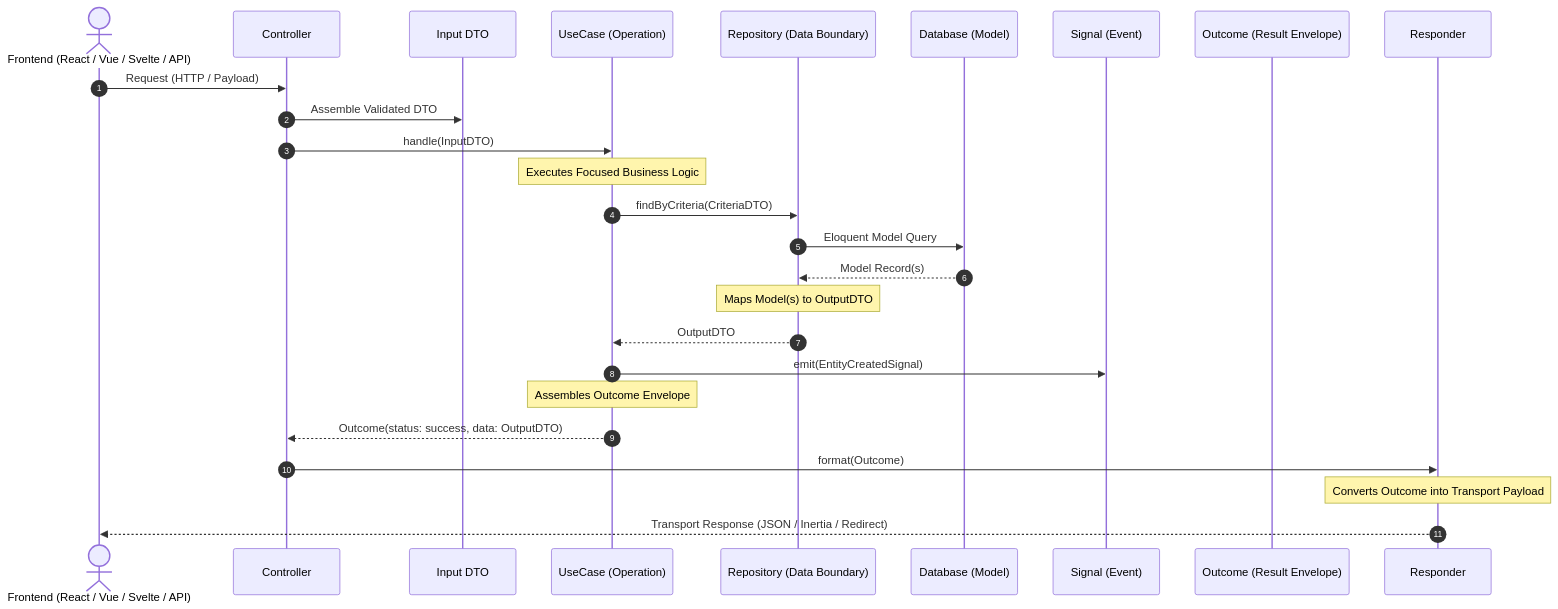
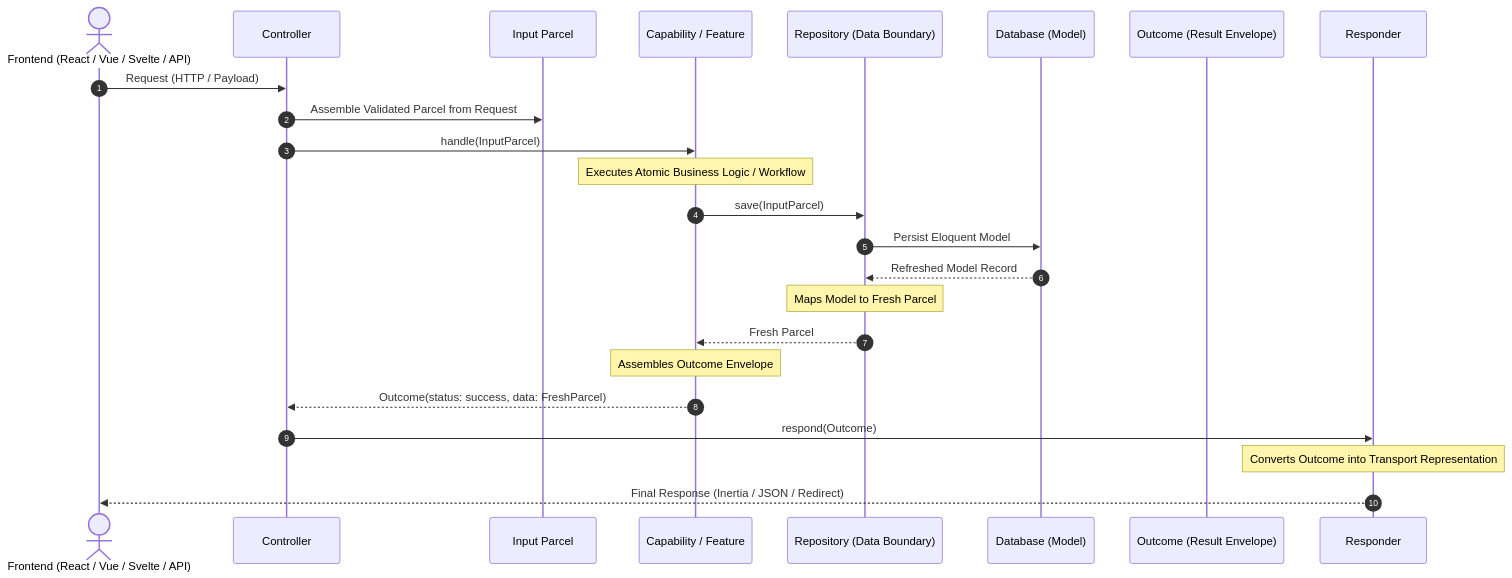
Before and after one commit to ugaritco/knowledgebase: the second of 2 diagrams in architecture/ARTIFACT_DRIVEN_ARCHITECTURE.md, drawn with Mermaid. The commit also changed other lines of this file, not shown here.

Commit message:
docs(architecture): expand artifact-driven architecture guide with capability patterns

````diff
--- a/architecture/ARTIFACT_DRIVEN_ARCHITECTURE.md
+++ b/architecture/ARTIFACT_DRIVEN_ARCHITECTURE.md
@@ -150,29 +146,27 @@
 ```mermaid
 sequenceDiagram
     autonumber
     actor Client as Frontend (React / Vue / Svelte / API)
     participant Ctrl as Controller
-    participant DTO as Input DTO
-    participant UC as UseCase (Operation)
+    participant Parcel as Input Parcel
+    participant Cap as Capability / Feature
     participant Repo as Repository (Data Boundary)
     participant DB as Database (Model)
-    participant Sig as Signal (Event)
     participant Out as Outcome (Result Envelope)
     participant Resp as Responder
 
     Client->>Ctrl: Request (HTTP / Payload)
-    Ctrl->>DTO: Assemble Validated DTO
-    Ctrl->>UC: handle(InputDTO)
-    Note over UC: Executes Focused Business Logic
-    UC->>Repo: findByCriteria(CriteriaDTO)
-    Repo->>DB: Eloquent Model Query
-    DB-->>Repo: Model Record(s)
-    Note over Repo: Maps Model(s) to OutputDTO
-    Repo-->>UC: OutputDTO
-    UC->>Sig: emit(EntityCreatedSignal)
-    Note over UC: Assembles Outcome Envelope
-    UC-->>Ctrl: Outcome(status: success, data: OutputDTO)
-    Ctrl->>Resp: format(Outcome)
-    Note over Resp: Converts Outcome into Transport Payload
-    Resp-->>Client: Transport Response (JSON / Inertia / Redirect)
+    Ctrl->>Parcel: Assemble Validated Parcel from Request
+    Ctrl->>Cap: handle(InputParcel)
+    Note over Cap: Executes Atomic Business Logic / Workflow
+    Cap->>Repo: save(InputParcel)
+    Repo->>DB: Persist Eloquent Model
+    DB-->>Repo: Refreshed Model Record
+    Note over Repo: Maps Model to Fresh Parcel
+    Repo-->>Cap: Fresh Parcel
+    Note over Cap: Assembles Outcome Envelope
+    Cap-->>Ctrl: Outcome(status: success, data: FreshParcel)
+    Ctrl->>Resp: respond(Outcome)
+    Note over Resp: Converts Outcome into Transport Representation
+    Resp-->>Client: Final Response (Inertia / JSON / Redirect)
 ```
````
